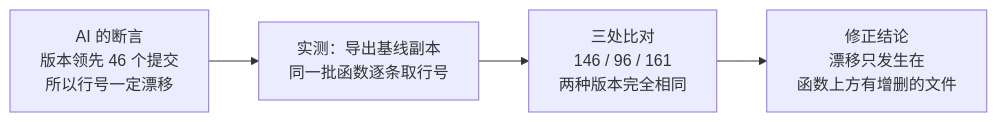
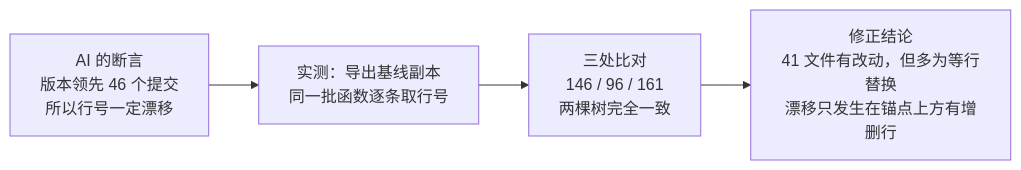
One commit to hjl12345/OpneHarmonyTeamWork changed the tenth of 11 diagrams in report_work/G12_sms_mms/汇报脚本.md. Above: the diagram before and after it, drawn with Mermaid. The commit also changed other lines of this file and 15 other files, not shown here.

````diff
--- a/report_work/G12_sms_mms/汇报脚本.md
+++ b/report_work/G12_sms_mms/汇报脚本.md
@@ -584,6 +659,6 @@
 ```mermaid
 flowchart LR
     A["AI 的断言<br/>版本领先 46 个提交<br/>所以行号一定漂移"] --> B["实测：导出基线副本<br/>同一批函数逐条取行号"]
-    B --> C["三处比对<br/>146 / 96 / 161<br/>两种版本完全相同"]
-    C --> D["修正结论<br/>漂移只发生在<br/>函数上方有增删的文件"]
+    B --> C["三处比对<br/>146 / 96 / 161<br/>两棵树完全一致"]
+    C --> D["修正结论<br/>41 文件有改动，但多为等行替换<br/>漂移只发生在锚点上方有增删行"]
 ```
````
